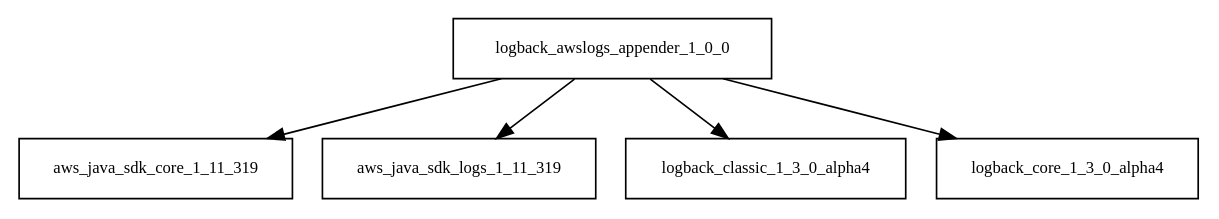
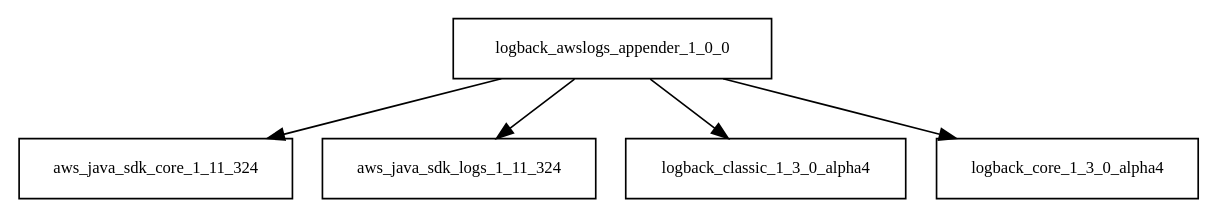
One commit to sjvs/cia changed the diagram in tattleTaleReport/graphviz/logback-awslogs-appender-1.0.0.jar/logback-awslogs-appender-1.0.0.jar.dot. Above: the diagram before and after it, drawn with Graphviz. The commit also changed 2298 other files, not shown here.

```diff
--- a/tattleTaleReport/graphviz/logback-awslogs-appender-1.0.0.jar/logback-awslogs-appender-1.0.0.jar.dot
+++ b/tattleTaleReport/graphviz/logback-awslogs-appender-1.0.0.jar/logback-awslogs-appender-1.0.0.jar.dot
@@ -1,7 +1,7 @@
 digraph logback_awslogs_appender_1_0_0_dependencies {
   node [shape = box, fontsize=10.0];
-  logback_awslogs_appender_1_0_0 -> aws_java_sdk_core_1_11_319;
-  logback_awslogs_appender_1_0_0 -> aws_java_sdk_logs_1_11_319;
+  logback_awslogs_appender_1_0_0 -> aws_java_sdk_core_1_11_324;
+  logback_awslogs_appender_1_0_0 -> aws_java_sdk_logs_1_11_324;
   logback_awslogs_appender_1_0_0 -> logback_classic_1_3_0_alpha4;
   logback_awslogs_appender_1_0_0 -> logback_core_1_3_0_alpha4;
 }
```
